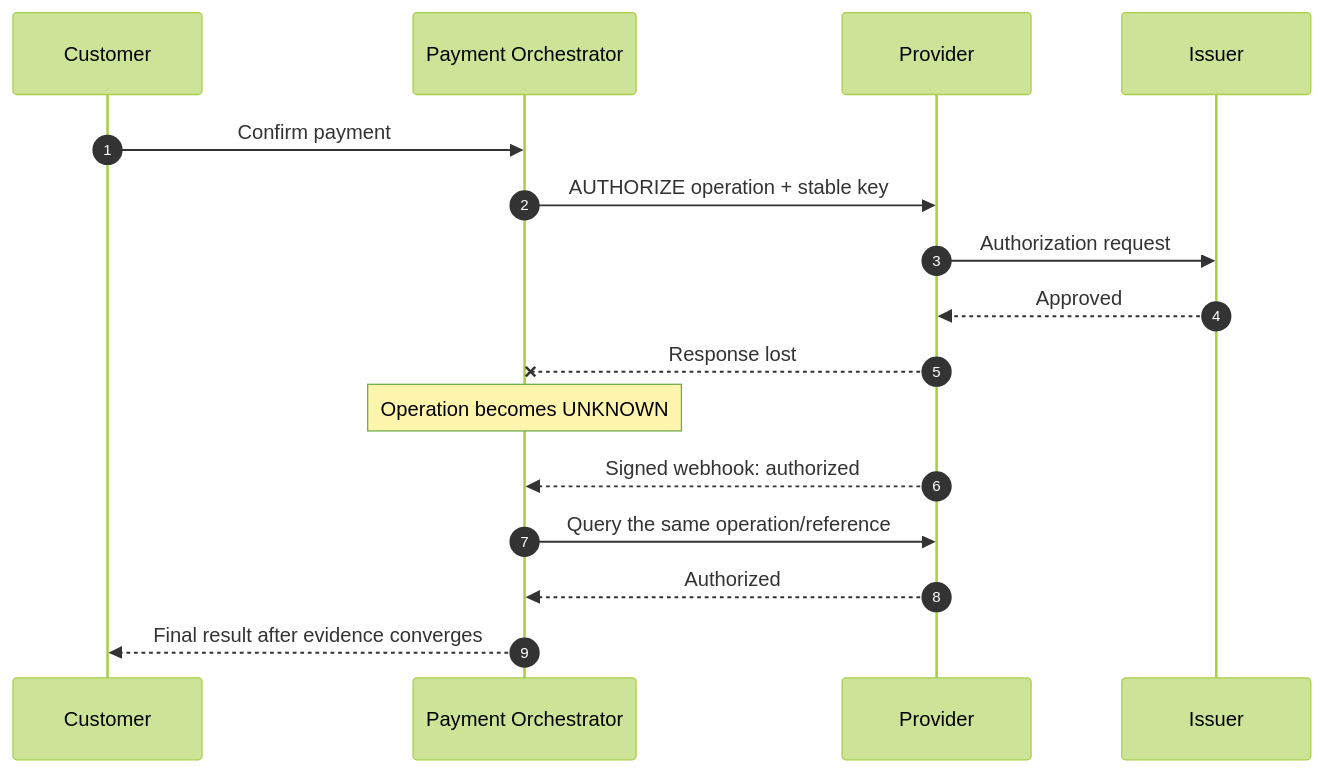
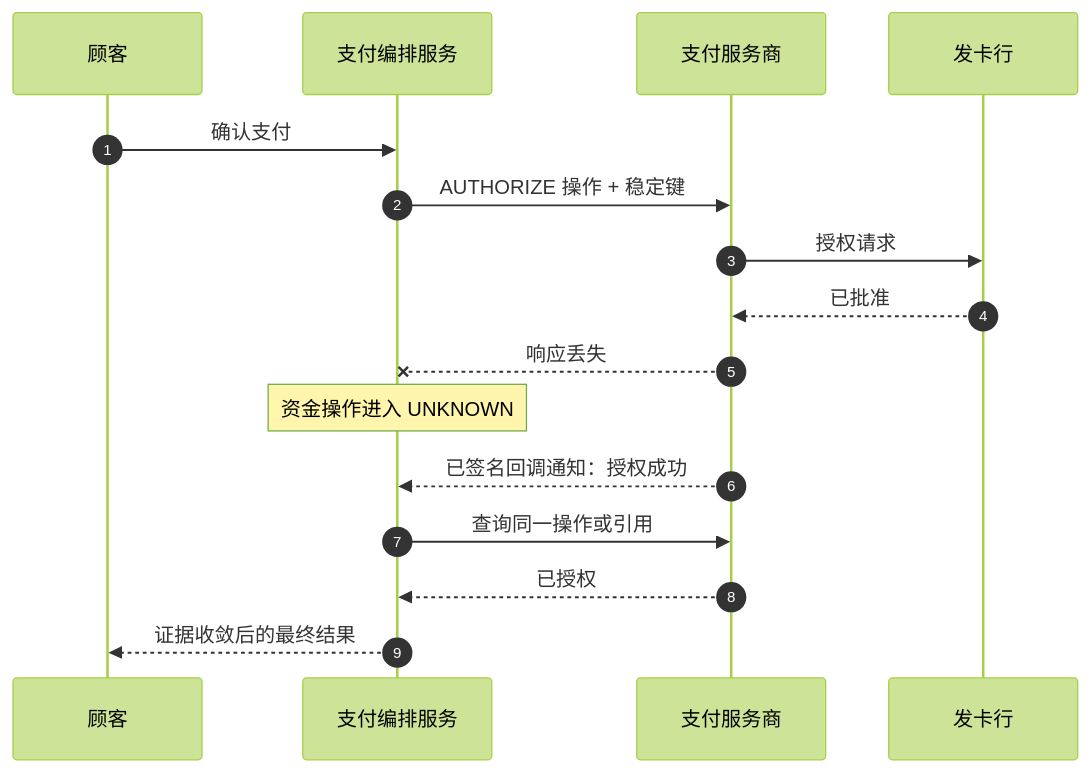
Before and after one commit to YouEclipse/Designing-Modern-Payment-Systems: the second of 4 diagrams in part-1-foundations/payment-lifecycle.md, drawn with Mermaid (forest theme). The commit also changed other lines of this file and 59 other files, not shown here.

````diff
--- a/part-1-foundations/payment-lifecycle.md
+++ b/part-1-foundations/payment-lifecycle.md
@@ -126,19 +126,19 @@
 ```mermaid
 sequenceDiagram
     autonumber
-    participant C as Customer
-    participant O as Payment Orchestrator
-    participant P as Provider
-    participant I as Issuer
+    participant C as 顾客
+    participant O as 支付编排服务
+    participant P as 支付服务商
+    participant I as 发卡行
 
-    C->>O: Confirm payment
-    O->>P: AUTHORIZE operation + stable key
-    P->>I: Authorization request
-    I-->>P: Approved
-    P--xO: Response lost
-    Note over O: Operation becomes UNKNOWN
-    P-->>O: Signed webhook: authorized
-    O->>P: Query the same operation/reference
-    P-->>O: Authorized
-    O-->>C: Final result after evidence converges
+    C->>O: 确认支付
+    O->>P: AUTHORIZE 操作 + 稳定键
+    P->>I: 授权请求
+    I-->>P: 已批准
+    P--xO: 响应丢失
+    Note over O: 资金操作进入 UNKNOWN
+    P-->>O: 已签名回调通知：授权成功
+    O->>P: 查询同一操作或引用
+    P-->>O: 已授权
+    O-->>C: 证据收敛后的最终结果
 ```
````
